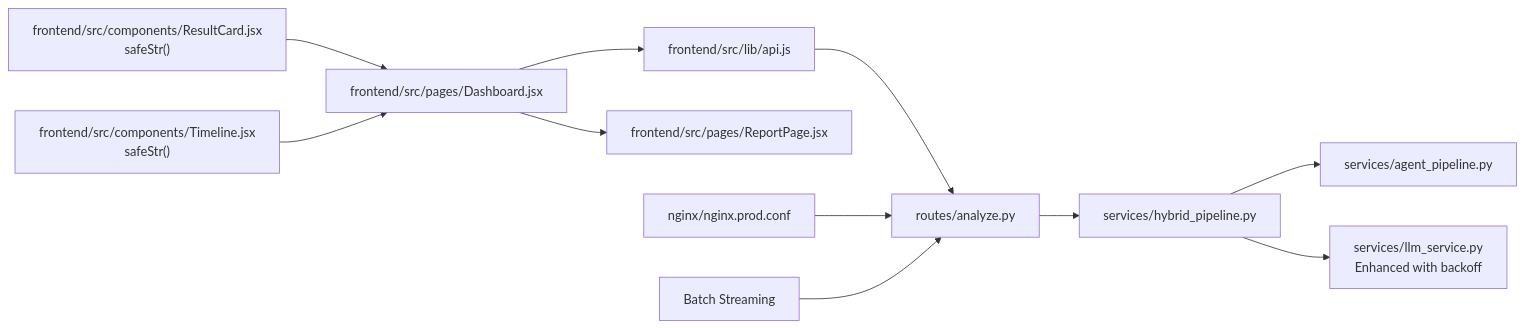
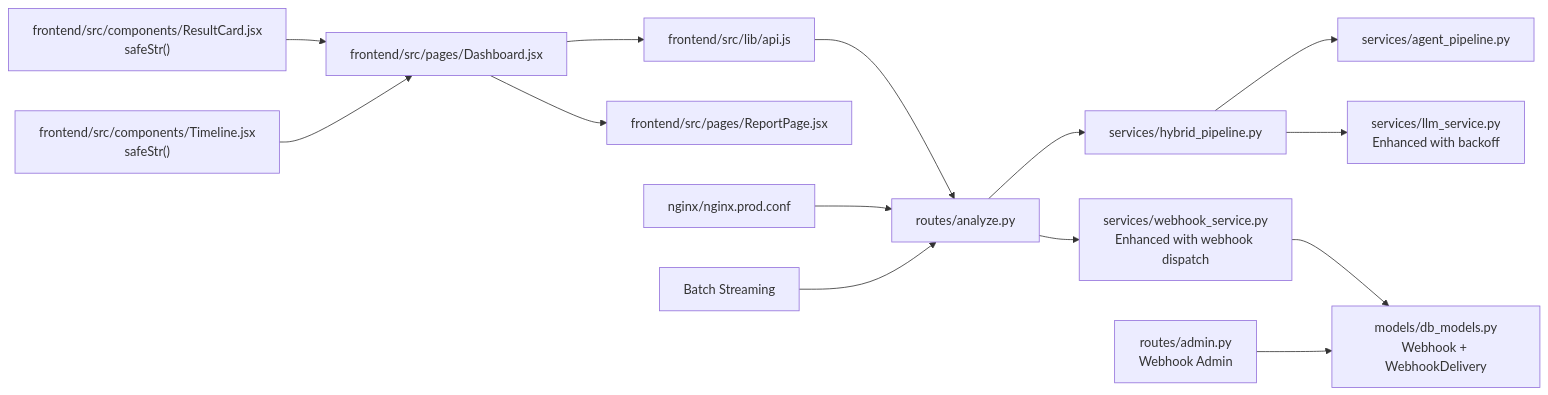
One commit to Revanththetalogics/aireume changed the seventh of 7 diagrams in .qoder/repowiki/en/content/Real-time Processing.md. Above: the diagram before and after it, drawn with Mermaid. The commit also changed other lines of this file and 10 other files, not shown here.

````diff
--- a/.qoder/repowiki/en/content/Real-time Processing.md
+++ b/.qoder/repowiki/en/content/Real-time Processing.md
@@ -435,13 +560,16 @@
 ```mermaid
 graph LR
 Route["routes/analyze.py"] --> Gen["services/hybrid_pipeline.py"]
 Gen --> Services["services/agent_pipeline.py"]
 Gen --> LLM["services/llm_service.py<br/>Enhanced with backoff"]
+Route --> WS["services/webhook_service.py<br/>Enhanced with webhook dispatch"]
+WS --> DB["models/db_models.py<br/>Webhook + WebhookDelivery"]
 API["frontend/src/lib/api.js"] --> Route
 UI["frontend/src/pages/Dashboard.jsx"] --> API
 UI --> Report["frontend/src/pages/ReportPage.jsx"]
 Safe["frontend/src/components/ResultCard.jsx<br/>safeStr()"] --> UI
 Safe2["frontend/src/components/Timeline.jsx<br/>safeStr()"] --> UI
 Nginx["nginx/nginx.prod.conf"] --> Route
 Batch["Batch Streaming"] --> Route
+Admin["routes/admin.py<br/>Webhook Admin"] --> DB
 ```
````
